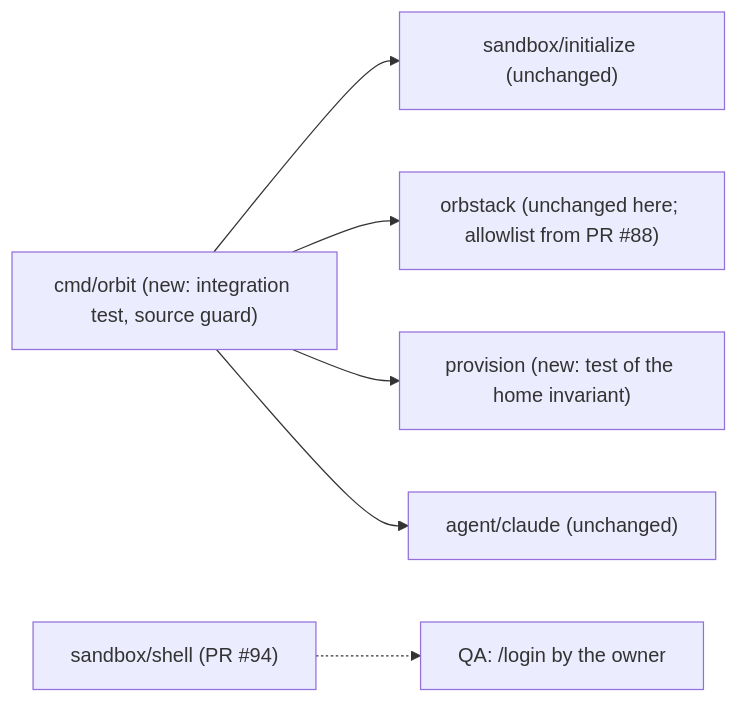
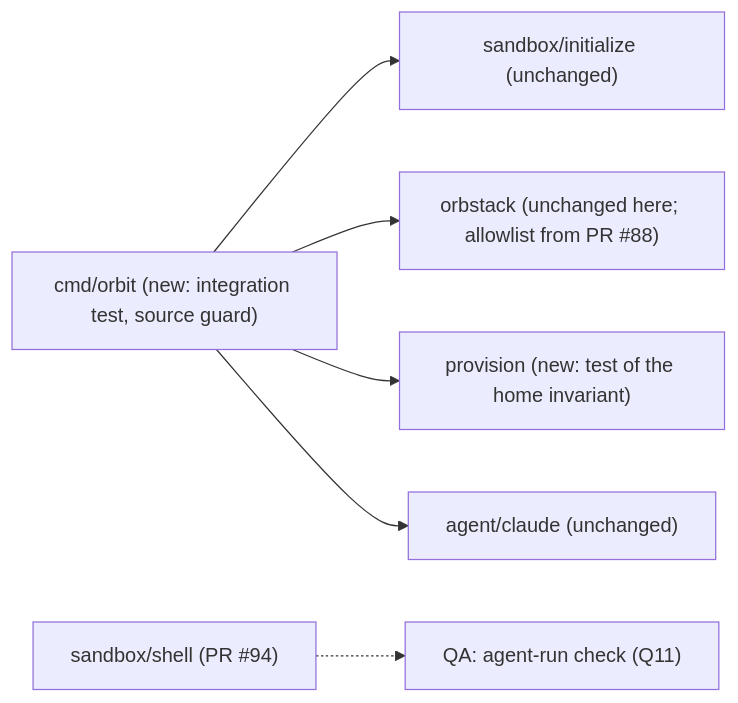
One commit to cultofthecode/orbit changed the diagram in .ai/specs/2026-11-11-subscription-sign-in.md. Above: the diagram before and after it, drawn with Mermaid. The commit also changed other lines of this file, not shown here.

First line of the commit message:
docs(specs): record the owner's Q1-Q12 decisions for /login (#7)

````diff
--- a/.ai/specs/2026-11-11-subscription-sign-in.md
+++ b/.ai/specs/2026-11-11-subscription-sign-in.md
@@ -128,8 +132,8 @@
 ```mermaid
 flowchart LR
   cmd["cmd/orbit (new: integration test, source guard)"] --> init["sandbox/initialize (unchanged)"]
   cmd --> orb["orbstack (unchanged here; allowlist from PR #88)"]
   cmd --> prov["provision (new: test of the home invariant)"]
   cmd --> ag["agent/claude (unchanged)"]
-  shell["sandbox/shell (PR #94)"] -.-> qa["QA: /login by the owner"]
+  shell["sandbox/shell (PR #94)"] -.-> qa["QA: agent-run check (Q11)"]
 ```
````
